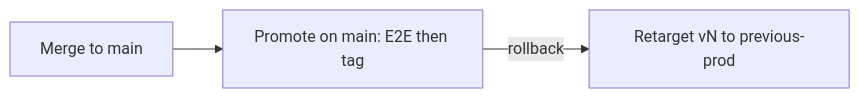
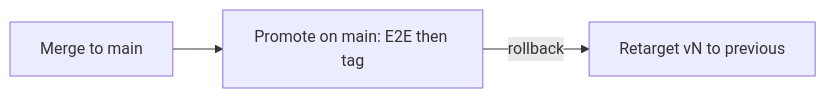
One commit to elastic/oblt-aw changed the diagram in docs/operations/agentic-release-model.md. Above: the diagram before and after it, drawn with Mermaid. The commit also changed other lines of this file and 10 other files, not shown here.

````diff
--- a/docs/operations/agentic-release-model.md
+++ b/docs/operations/agentic-release-model.md
@@ -31,7 +31,7 @@
 ```mermaid
 flowchart LR
   Main[Merge to main]
   Promo[Promote on main: E2E then tag]
   Main --> Promo
-  Promo -->|rollback| Prev[Retarget vN to previous-prod]
+  Promo -->|rollback| Prev[Retarget vN to previous]
 ```
````
